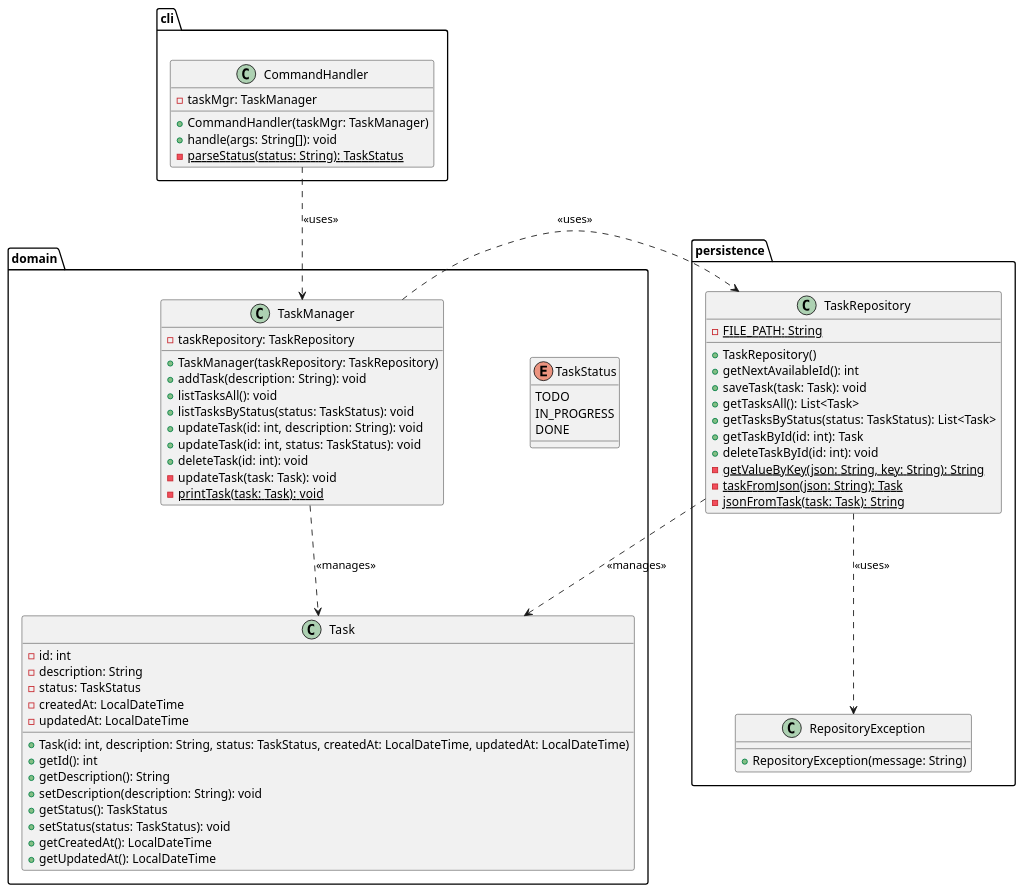
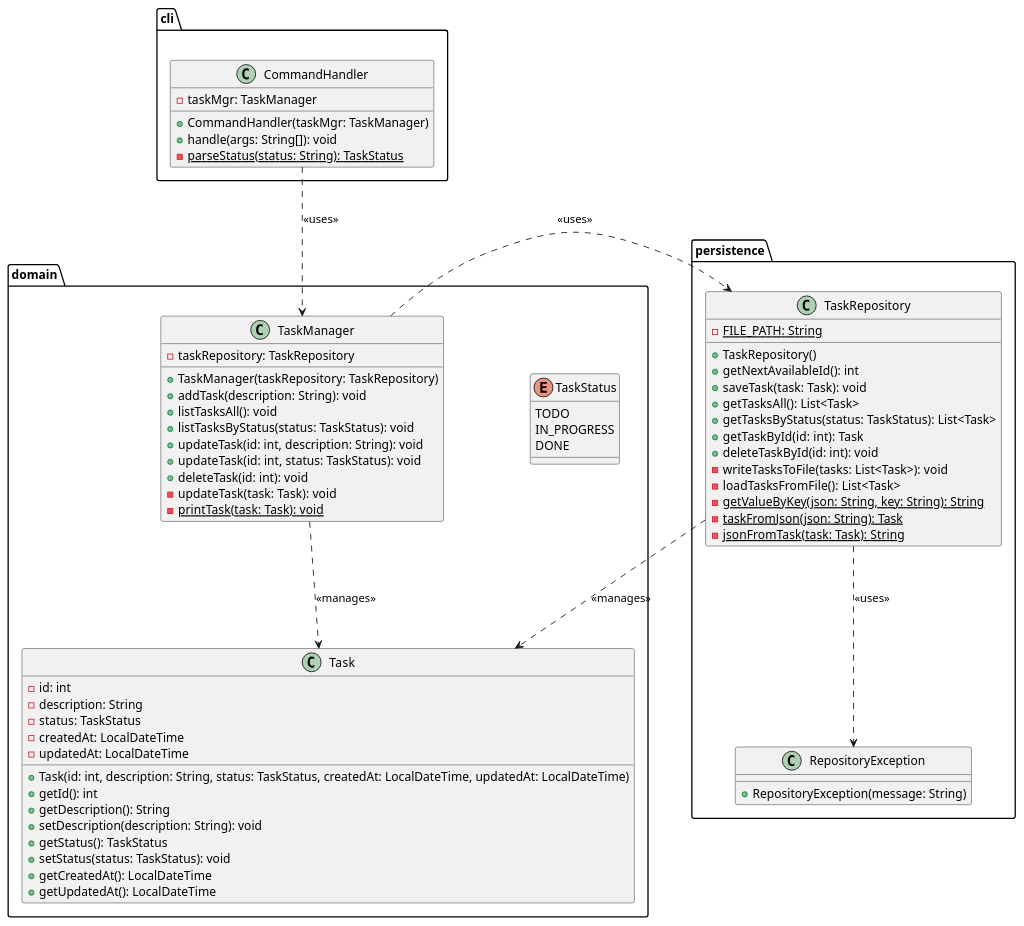
The diagram in uml/uml.puml (mmistika/task-cli), drawn with PlantUML before and after one commit. The commit also changed 1 other file, not shown here.

Commit message:
docs: update UML to reflect task loading/writing chages

```diff
--- a/uml/uml.puml
+++ b/uml/uml.puml
@@ -1,78 +1,80 @@
 @startuml
 
 skinparam ranksep 100
 skinparam nodesep 100
 
 package "cli" {
     class CommandHandler {
         - taskMgr: TaskManager
         + CommandHandler(taskMgr: TaskManager)
         + handle(args: String[]): void
         - {static} parseStatus(status: String): TaskStatus
     }
 }
 
 package "domain" {
     enum TaskStatus {
         TODO
         IN_PROGRESS
         DONE
     }
 
     class Task {
         - id: int
         - description: String
         - status: TaskStatus
         - createdAt: LocalDateTime
         - updatedAt: LocalDateTime
         + Task(id: int, description: String, status: TaskStatus, createdAt: LocalDateTime, updatedAt: LocalDateTime)
         + getId(): int
         + getDescription(): String
         + setDescription(description: String): void
         + getStatus(): TaskStatus
         + setStatus(status: TaskStatus): void
         + getCreatedAt(): LocalDateTime
         + getUpdatedAt(): LocalDateTime
     }
 
     class TaskManager {
         - taskRepository: TaskRepository
         + TaskManager(taskRepository: TaskRepository)
         + addTask(description: String): void
         + listTasksAll(): void
         + listTasksByStatus(status: TaskStatus): void
         + updateTask(id: int, description: String): void
         + updateTask(id: int, status: TaskStatus): void
         + deleteTask(id: int): void
         - updateTask(task: Task): void
         - {static} printTask(task: Task): void
     }
 }
 
 package "persistence" {
     class TaskRepository {
         - {static} FILE_PATH: String
         + TaskRepository()
         + getNextAvailableId(): int
         + saveTask(task: Task): void
         + getTasksAll(): List<Task>
         + getTasksByStatus(status: TaskStatus): List<Task>
         + getTaskById(id: int): Task
         + deleteTaskById(id: int): void
+        - writeTasksToFile(tasks: List<Task>): void
+        - loadTasksFromFile(): List<Task>
         - {static} getValueByKey(json: String, key: String): String
         - {static} taskFromJson(json: String): Task
         - {static} jsonFromTask(task: Task): String
     }
 
     class RepositoryException {
         + RepositoryException(message: String)
     }
 }
 
 CommandHandler ..> TaskManager : <<uses>>
 TaskManager ..> Task : <<manages>>
 TaskManager ..> TaskRepository : <<uses>>
 TaskRepository ..> Task : <<manages>>
 TaskRepository ..> RepositoryException: <<uses>>
 
 @enduml
```
